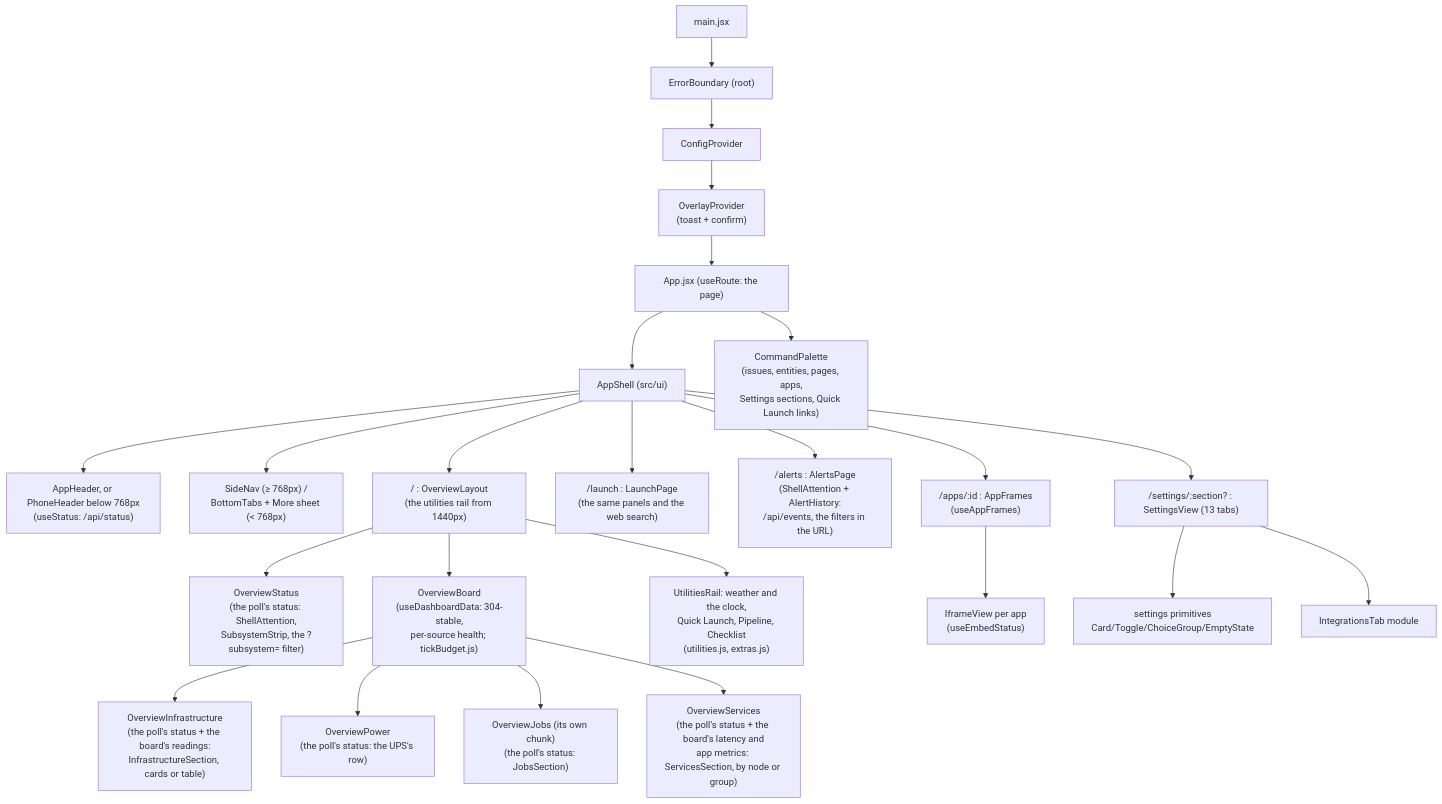
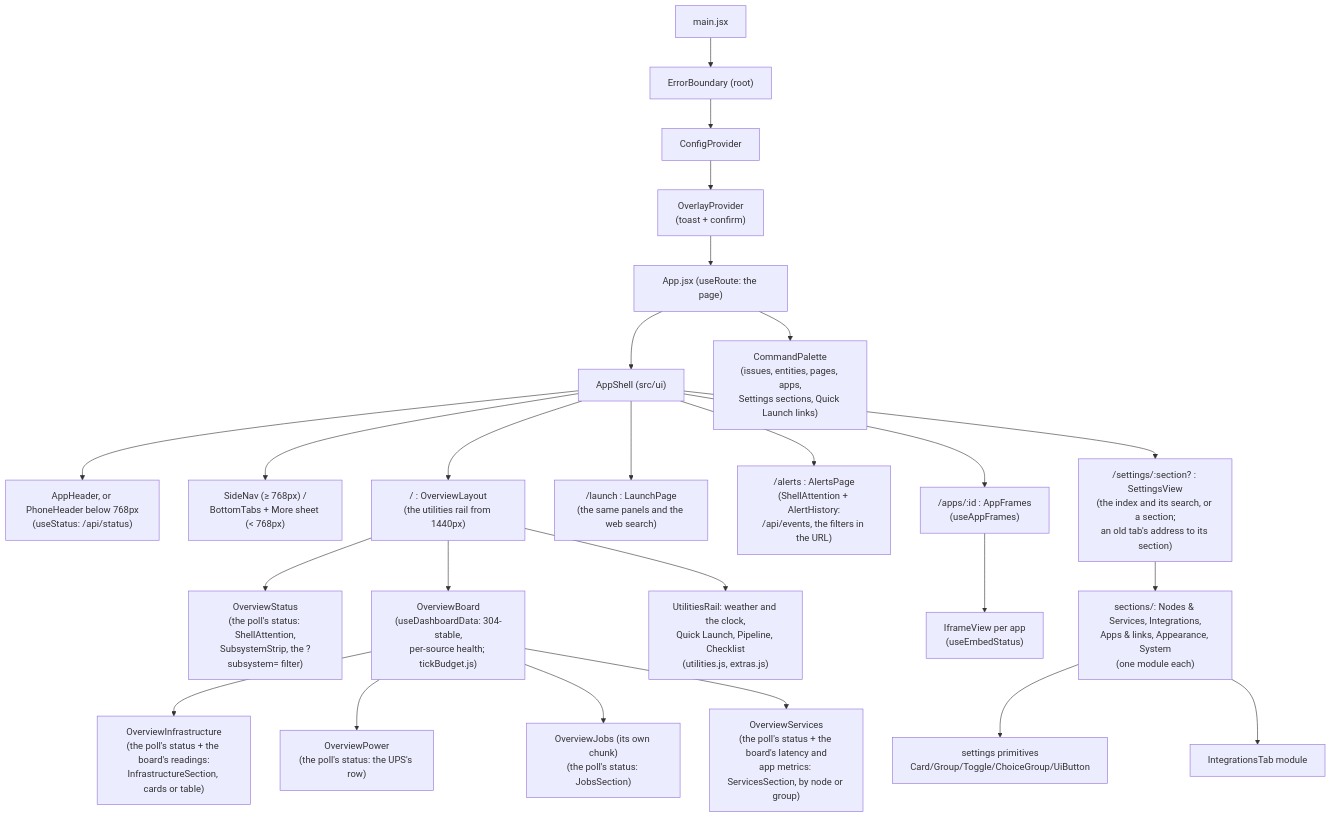
One commit to jagbhandal/jaghelm changed the fourth of 5 diagrams in docs/ARCHITECTURE.md. Above: the diagram before and after it, drawn with Mermaid. The commit also changed other lines of this file and 31 other files, not shown here.

First line of the commit message:
docs(settings): the index and sections; gallery states; fragment (#317)

````diff
--- a/docs/ARCHITECTURE.md
+++ b/docs/ARCHITECTURE.md
@@ -2213,26 +2217,27 @@
 ```mermaid
 flowchart TD
   MAIN["main.jsx"] --> EB["ErrorBoundary (root)"]
   EB --> CP["ConfigProvider"]
   CP --> OP["OverlayProvider<br/>(toast + confirm)"]
   OP --> APP["App.jsx (useRoute: the page)"]
   APP --> SH["AppShell (src/ui)"]
   SH --> HD["AppHeader, or PhoneHeader below 768px<br/>(useStatus: /api/status)"]
   SH --> SN["SideNav (≥ 768px) /<br/>BottomTabs + More sheet (< 768px)"]
   APP --> CPAL["CommandPalette<br/>(issues, entities, pages, apps,<br/>Settings sections, Quick Launch links)"]
   SH --> OL["/ : OverviewLayout<br/>(the utilities rail from 1440px)"]
   OL --> OS["OverviewStatus<br/>(the poll's status: ShellAttention,<br/>SubsystemStrip, the ?subsystem= filter)"]
   OL --> DV["OverviewBoard<br/>(useDashboardData: 304-stable,<br/>per-source health; tickBudget.js)"]
   OL --> UR["UtilitiesRail: weather and the clock,<br/>Quick Launch, Pipeline, Checklist<br/>(utilities.js, extras.js)"]
   SH --> LP["/launch : LaunchPage<br/>(the same panels and the web search)"]
   DV --> OI["OverviewInfrastructure<br/>(the poll's status + the board's readings:<br/>InfrastructureSection, cards or table)"]
   DV --> OPW["OverviewPower<br/>(the poll's status: the UPS's row)"]
   DV --> OJ["OverviewJobs (its own chunk)<br/>(the poll's status: JobsSection)"]
   DV --> OSV["OverviewServices<br/>(the poll's status + the board's latency and<br/>app metrics: ServicesSection, by node or group)"]
   SH --> AP["/alerts : AlertsPage<br/>(ShellAttention + AlertHistory:<br/>/api/events, the filters in the URL)"]
-  SH --> SV["/settings/:section? : SettingsView (13 tabs)"]
+  SH --> SV["/settings/:section? : SettingsView<br/>(the index and its search, or a section;<br/>an old tab's address to its section)"]
   SH --> AF["/apps/:id : AppFrames<br/>(useAppFrames)"]
   AF --> IV["IframeView per app<br/>(useEmbedStatus)"]
-  SV --> PRIM["settings primitives<br/>Card/Toggle/ChoiceGroup/EmptyState"]
-  SV --> ITAB["IntegrationsTab module"]
+  SV --> SEC["sections/: Nodes & Services, Integrations,<br/>Apps & links, Appearance, System<br/>(one module each)"]
+  SEC --> PRIM["settings primitives<br/>Card/Group/Toggle/ChoiceGroup/UiButton"]
+  SEC --> ITAB["IntegrationsTab module"]
 ```
````
